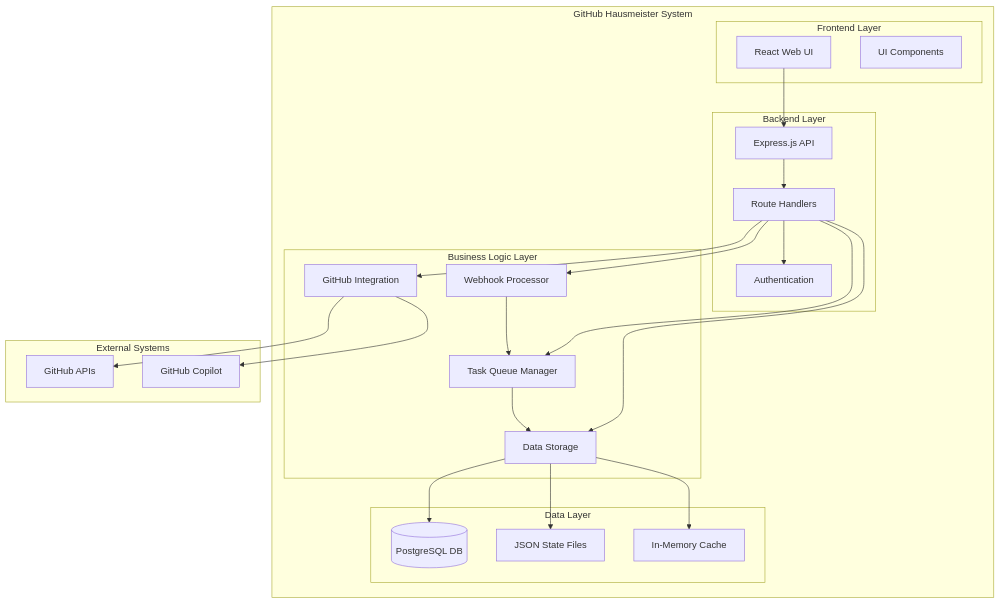
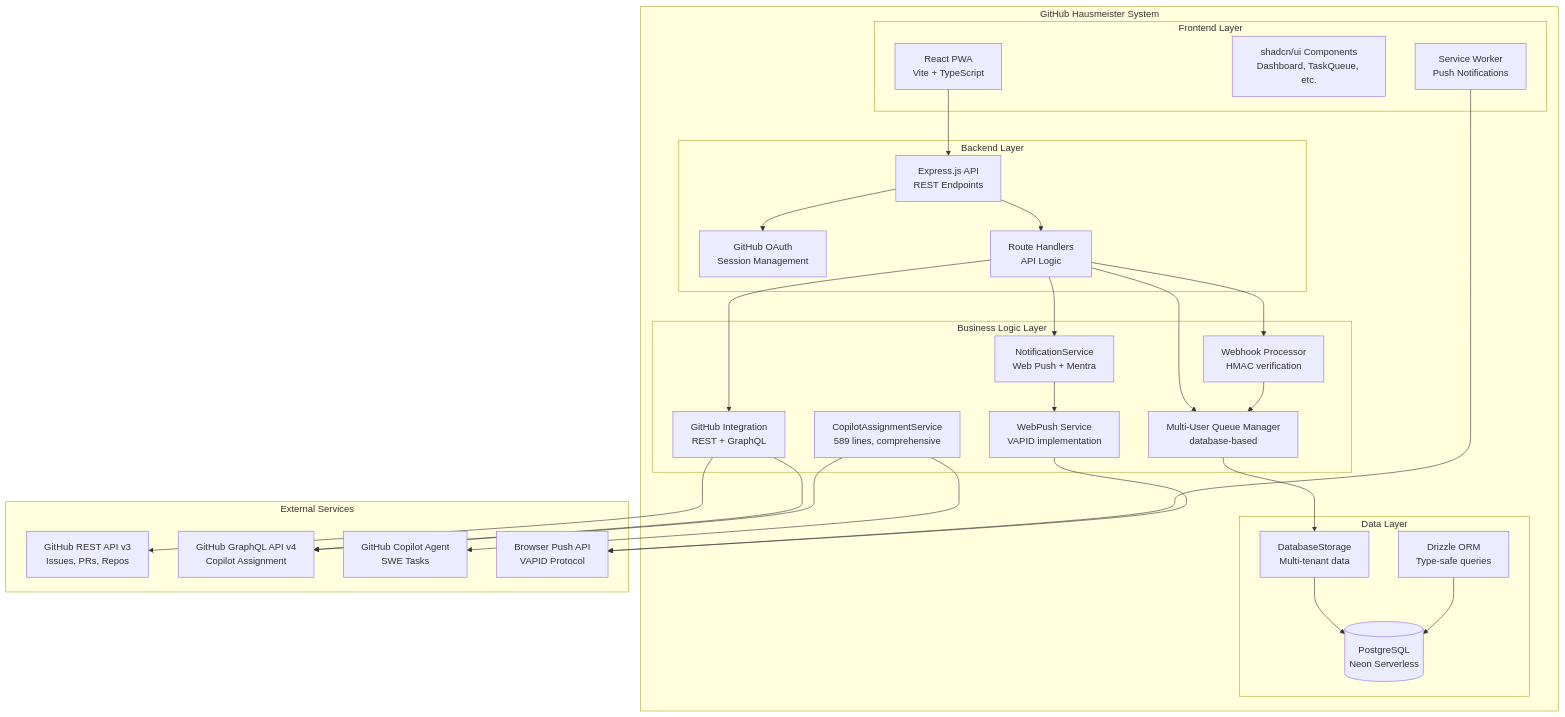
One commit to merlinbecker/githubHausmeister changed the fourth of 13 diagrams in documentation/arc42.md. Above: the diagram before and after it, drawn with Mermaid. The commit also changed other lines of this file, not shown here.

Commit message:
Update arc42: Building blocks, interfaces, sequence diagrams, and task templates with current implementation

````diff
--- a/documentation/arc42.md
+++ b/documentation/arc42.md
@@ -726,50 +763,59 @@
 ```mermaid
 graph TB
     subgraph "GitHub Hausmeister System"
         subgraph "Frontend Layer"
-            UI[React Web UI]
-            Components[UI Components]
+            WebApp[React PWA<br/>Vite + TypeScript]
+            Components[shadcn/ui Components<br/>Dashboard, TaskQueue, etc.]
+            ServiceWorker[Service Worker<br/>Push Notifications]
         end
 
         subgraph "Backend Layer"
-            API[Express.js API]
-            Routes[Route Handlers]
-            Auth[Authentication]
+            API[Express.js API<br/>REST Endpoints]
+            Auth[GitHub OAuth<br/>Session Management] 
+            Routes[Route Handlers<br/>API Logic]
         end
 
         subgraph "Business Logic Layer"
-            TaskQueue[Task Queue Manager]
-            GitHub[GitHub Integration]
-            Webhook[Webhook Processor]
-            Storage[Data Storage]
+            Queue[Multi-User Queue Manager<br/>database-based]
+            GitHub[GitHub Integration<br/>REST + GraphQL]
+            Copilot[CopilotAssignmentService<br/>589 lines, comprehensive]
+            Webhook[Webhook Processor<br/>HMAC verification]
+            Notifications[NotificationService<br/>Web Push + Mentra]
+            WebPush[WebPush Service<br/>VAPID implementation]
         end
 
         subgraph "Data Layer"
-            PostgreSQL[(PostgreSQL DB)]
-            FileState[JSON State Files]
-            Memory[In-Memory Cache]
+            Database[(PostgreSQL<br/>Neon Serverless)]
+            ORM[Drizzle ORM<br/>Type-safe queries]
+            Storage[DatabaseStorage<br/>Multi-tenant data]
         end
     end
 
-    subgraph "External Systems"
-        GitHubAPI[GitHub APIs]
-        Copilot[GitHub Copilot]
+    subgraph "External Services"
+        GitHubAPI[GitHub REST API v3<br/>Issues, PRs, Repos]
+        GraphQLAPI[GitHub GraphQL API v4<br/>Copilot Assignment]
+        CopilotAgent[GitHub Copilot Agent<br/>SWE Tasks]
+        WebPushService[Browser Push API<br/>VAPID Protocol]
     end
 
-    UI --> API
+    WebApp --> API
+    ServiceWorker --> WebPushService
+    API --> Auth
     API --> Routes
-    Routes --> Auth
-    Routes --> TaskQueue
+    Routes --> Queue
     Routes --> GitHub
-    Routes --> Webhook
-    Routes --> Storage
+    Routes --> Webhook  
+    Routes --> Notifications
 
-    TaskQueue --> Storage
+    Queue --> Storage
     GitHub --> GitHubAPI
-    GitHub --> Copilot
-    Webhook --> TaskQueue
+    GitHub --> GraphQLAPI
+    Copilot --> GraphQLAPI
+    Copilot --> CopilotAgent
+    Notifications --> WebPush
+    WebPush --> WebPushService
+    Webhook --> Queue
 
-    Storage --> PostgreSQL
-    Storage --> FileState
-    Storage --> Memory
+    Storage --> Database
+    ORM --> Database
 ```
````
